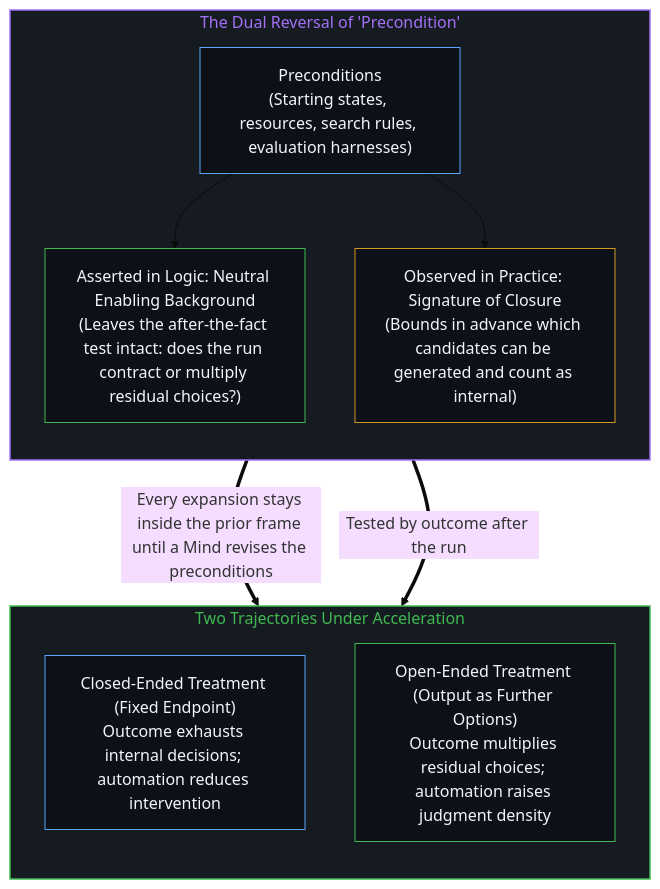
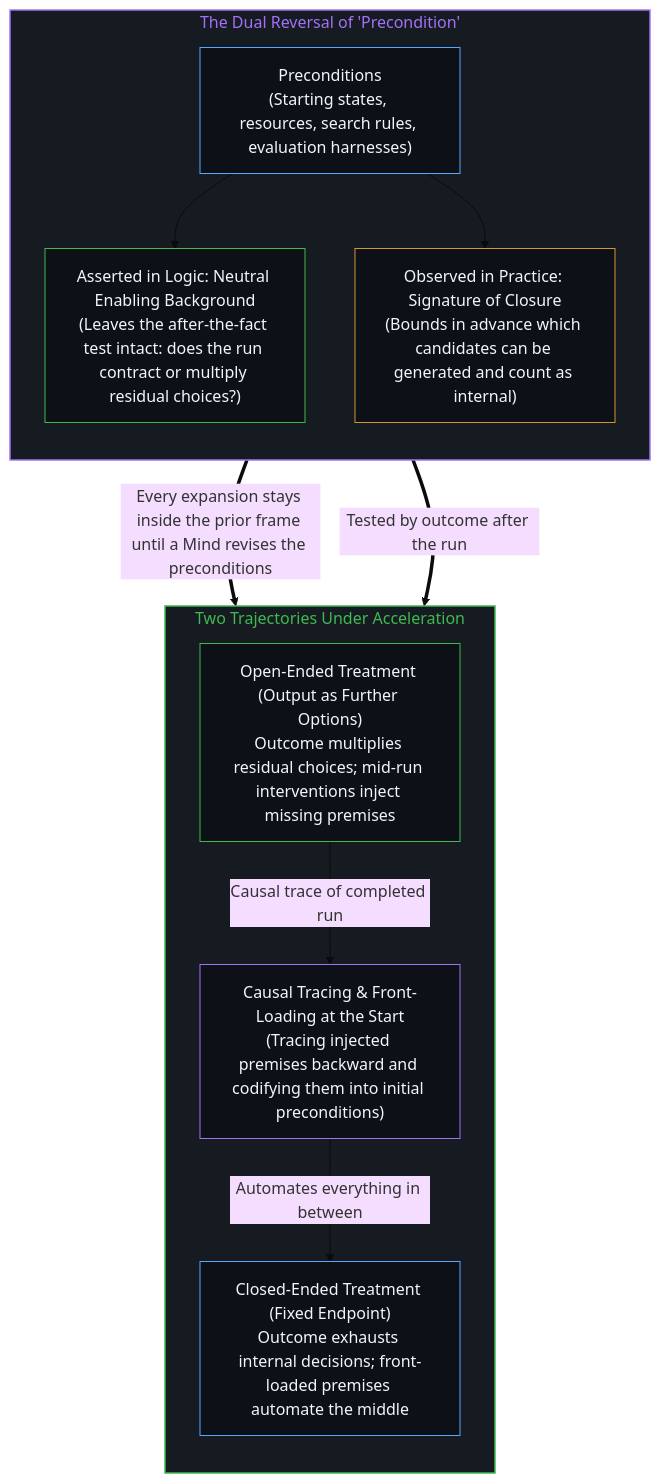
Before and after one commit to powerpig99/not-a-toe: the fourth of 4 diagrams in content/posts/the-density-of-judgment.md, drawn with Mermaid (base theme). The commit also changed other lines of this file and 1 other file, not shown here.

Commit message:
Refine Post #401: weave premise front-loading into The Density of Judgment

````diff
--- a/content/posts/the-density-of-judgment.md
+++ b/content/posts/the-density-of-judgment.md
@@ -121,25 +129,29 @@
 ```mermaid
 flowchart TD
     subgraph S_Dual["The Dual Reversal of 'Precondition'"]
         direction TB
         P_Term["Preconditions<br/>(Starting states, resources, search rules, evaluation harnesses)"]
         P_Assert["Asserted in Logic: Neutral Enabling Background<br/>(Leaves the after-the-fact test intact: does the run contract or multiply residual choices?)"]
         P_Observe["Observed in Practice: Signature of Closure<br/>(Bounds in advance which candidates can be generated and count as internal)"]
         P_Term --> P_Assert
         P_Term --> P_Observe
     end
     subgraph S_Pattern["Two Trajectories Under Acceleration"]
         direction TB
-        T_Closed["Closed-Ended Treatment (Fixed Endpoint)<br/>Outcome exhausts internal decisions; automation reduces intervention"]
-        T_Open["Open-Ended Treatment (Output as Further Options)<br/>Outcome multiplies residual choices; automation raises judgment density"]
+        T_Open["Open-Ended Treatment (Output as Further Options)<br/>Outcome multiplies residual choices; mid-run interventions inject missing premises"]
+        T_Codify["Causal Tracing & Front-Loading at the Start<br/>(Tracing injected premises backward and codifying them into initial preconditions)"]
+        T_Closed["Closed-Ended Treatment (Fixed Endpoint)<br/>Outcome exhausts internal decisions; front-loaded premises automate the middle"]
+        T_Open -->|"Causal trace of completed run"| T_Codify
+        T_Codify -->|"Automates everything in between"| T_Closed
     end
     P_Assert ==>|"Tested by outcome after the run"| S_Pattern
     P_Observe ==>|"Every expansion stays inside the prior frame until a Mind revises the preconditions"| T_Open
     style S_Dual fill:#161b22,stroke:#a371f7,stroke-width:1.5px,color:#a371f7
     style S_Pattern fill:#161b22,stroke:#3fb950,stroke-width:1.5px,color:#3fb950
     style P_Term fill:#0d1117,stroke:#58a6ff,stroke-width:1px,color:#f0f6fc
     style P_Assert fill:#0d1117,stroke:#3fb950,stroke-width:1px,color:#f0f6fc
     style P_Observe fill:#0d1117,stroke:#d29922,stroke-width:1px,color:#f0f6fc
+    style T_Open fill:#0d1117,stroke:#3fb950,stroke-width:1px,color:#f0f6fc
+    style T_Codify fill:#0d1117,stroke:#a371f7,stroke-width:1px,color:#f0f6fc
     style T_Closed fill:#0d1117,stroke:#58a6ff,stroke-width:1px,color:#f0f6fc
-    style T_Open fill:#0d1117,stroke:#3fb950,stroke-width:1px,color:#f0f6fc
 ```
````
